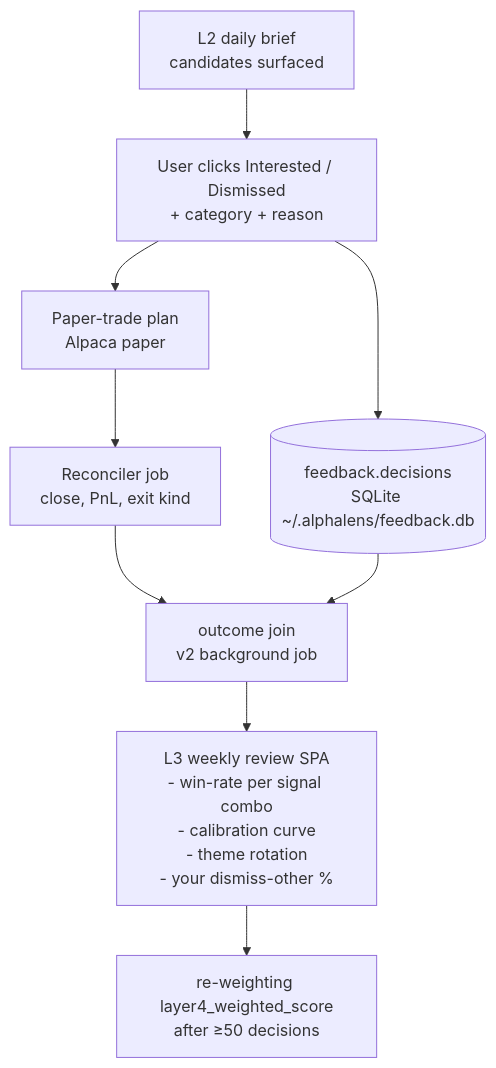
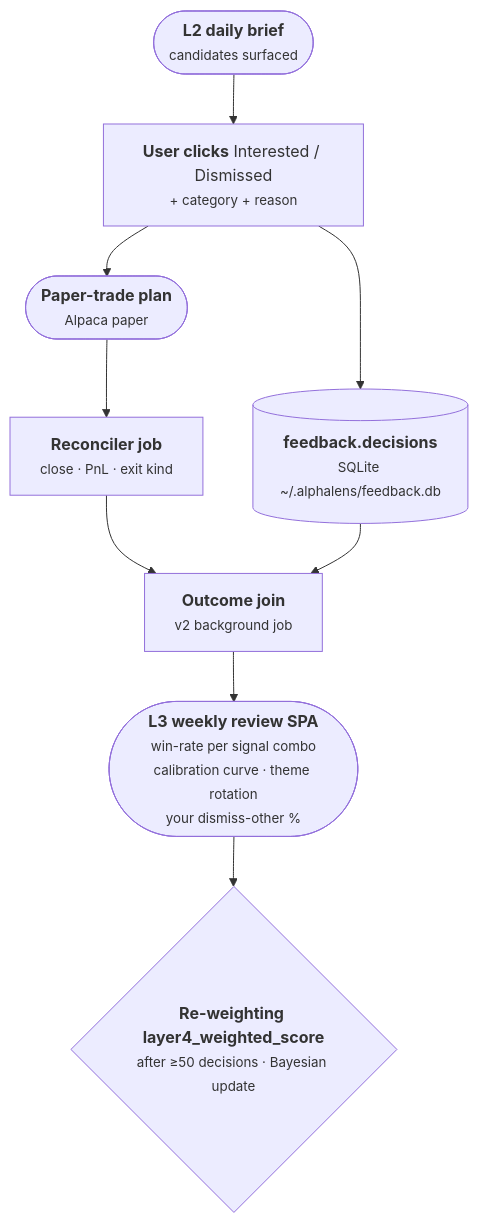
Before and after one commit to kamilpajak/AlphaLens: the second of 3 diagrams in docs/research/alphalens_ideal_shape_2026_05_29.md, drawn with Mermaid. The commit also changed other lines of this file, not shown here.

````diff
--- a/docs/research/alphalens_ideal_shape_2026_05_29.md
+++ b/docs/research/alphalens_ideal_shape_2026_05_29.md
@@ -113,20 +113,20 @@
 ```mermaid
 flowchart TD
-    A[L2 daily brief<br/>candidates surfaced]
-    B[User clicks Interested / Dismissed<br/>+ category + reason]
-    C[(feedback.decisions<br/>SQLite ~/.alphalens/feedback.db)]
-    D[Paper-trade plan<br/>Alpaca paper]
-    E[Reconciler job<br/>close, PnL, exit kind]
-    F[outcome join<br/>v2 background job]
-    G[L3 weekly review SPA<br/>- win-rate per signal combo<br/>- calibration curve<br/>- theme rotation<br/>- your dismiss-other %]
-    H[re-weighting layer4_weighted_score<br/>after ≥50 decisions]
+    A(["<b>L2 daily brief</b><br/><small>candidates surfaced</small>"])
+    B["<b>User clicks</b> Interested / Dismissed<br/><small>+ category + reason</small>"]
+    C[("<b>feedback.decisions</b><br/><small>SQLite ~/.alphalens/feedback.db</small>")]
+    D(["<b>Paper-trade plan</b><br/><small>Alpaca paper</small>"])
+    E["<b>Reconciler job</b><br/><small>close · PnL · exit kind</small>"]
+    F["<b>Outcome join</b><br/><small>v2 background job</small>"]
+    G(["<b>L3 weekly review SPA</b><br/><small>win-rate per signal combo<br/>calibration curve · theme rotation<br/>your dismiss-other %</small>"])
+    H{"<b>Re-weighting layer4_weighted_score</b><br/><small>after ≥50 decisions · Bayesian update</small>"}
 
     A --> B
     B --> C
     B --> D
     D --> E
     E --> F
     C --> F
     F --> G
     G --> H
 ```
````
